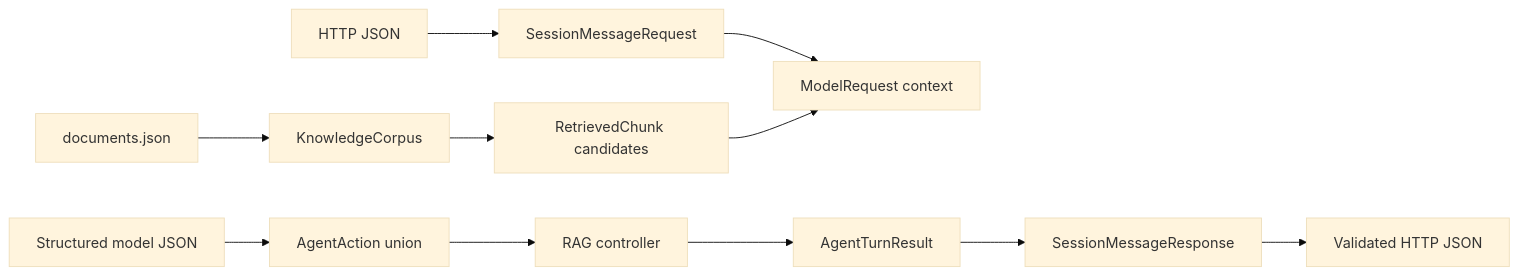
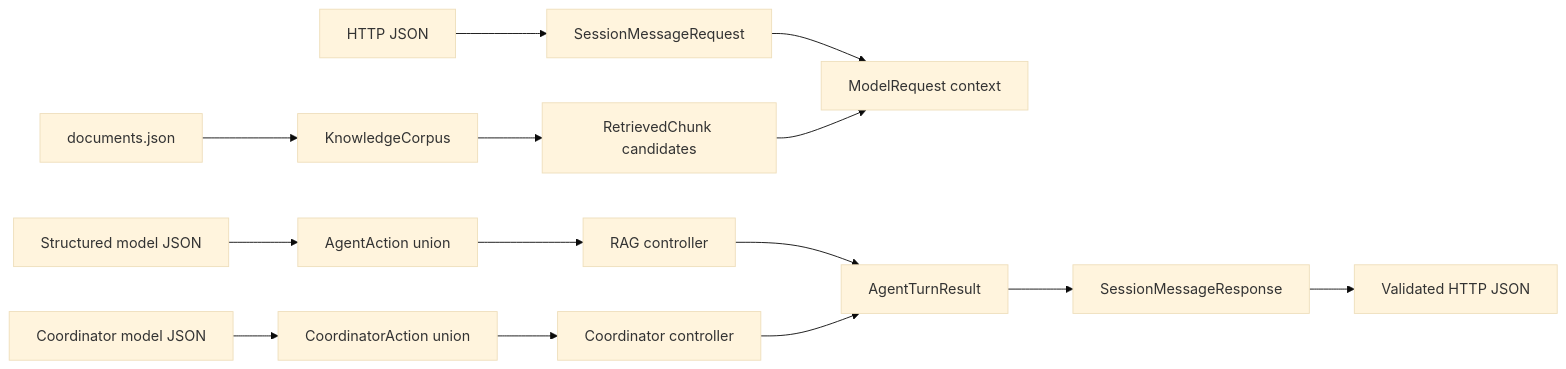
One commit to govtech-responsibleai/agentic-eval-toyapp changed the fifth of 15 diagrams in architecture.md. Above: the diagram before and after it, drawn with Mermaid (base theme). The commit also changed other lines of this file and 20 other files, not shown here.

````diff
--- a/architecture.md
+++ b/architecture.md
@@ -281,13 +304,16 @@
 ```mermaid
 flowchart LR
     JSON[HTTP JSON] --> Request[SessionMessageRequest]
     CorpusJSON[documents.json] --> Corpus[KnowledgeCorpus]
     ModelJSON[Structured model JSON] --> Action[AgentAction union]
+    CoordinatorJSON[Coordinator model JSON] --> Route[CoordinatorAction union]
     Request --> ModelRequest[ModelRequest context]
     Corpus --> Retrieved[RetrievedChunk candidates]
     Retrieved --> ModelRequest
     Action --> Controller[RAG controller]
+    Route --> Coordinator[Coordinator controller]
     Controller --> Result[AgentTurnResult]
+    Coordinator --> Result
     Result --> SessionResponse[SessionMessageResponse]
     SessionResponse --> JSONResponse[Validated HTTP JSON]
 ```
````
